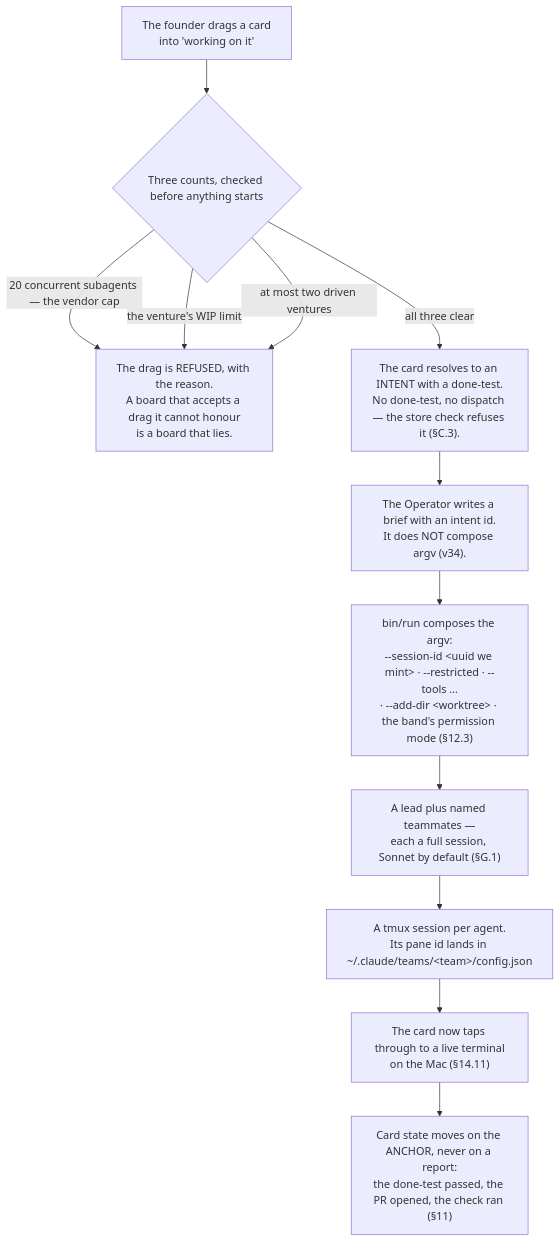
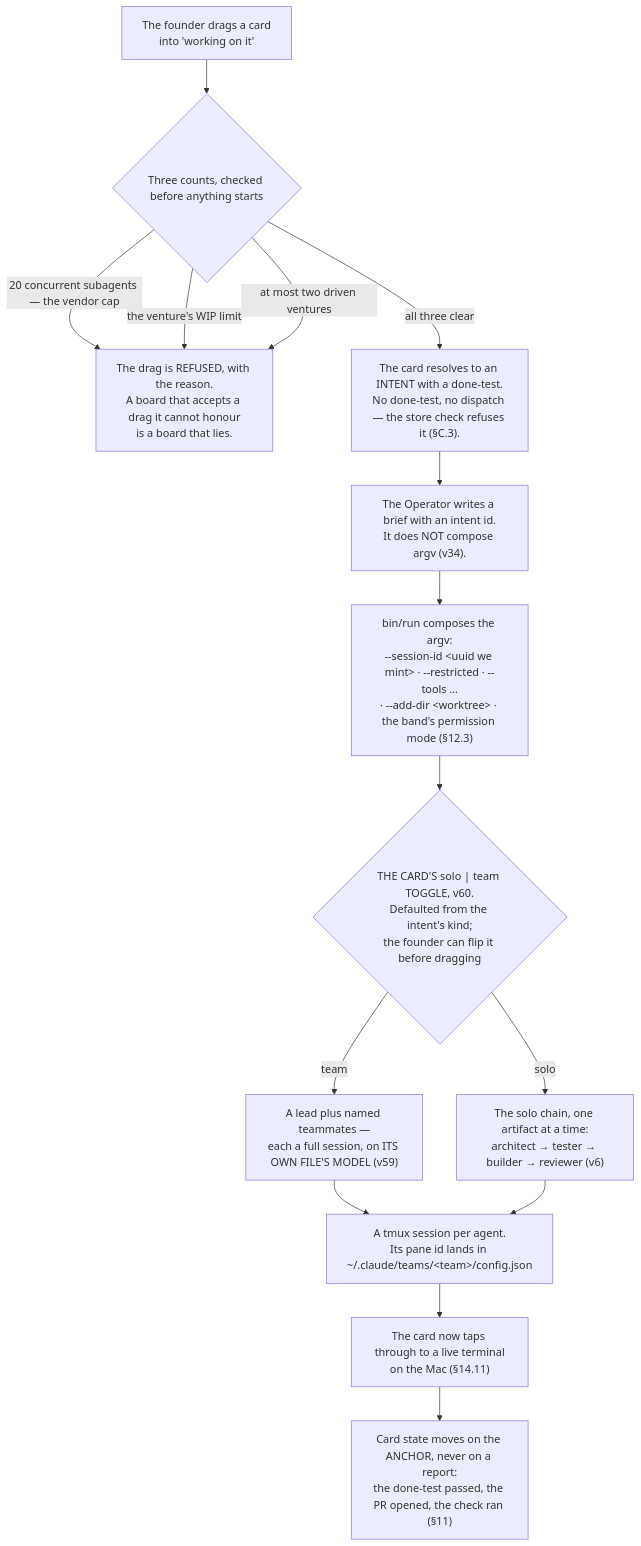
The second of 3 diagrams in docs/03-system-design/final-v2/parts/14-mission-control.md (Adam077K/agentvibe), drawn with Mermaid before and after one commit. The commit also changed other lines of this file and 4 other files, not shown here.

````diff
--- a/docs/03-system-design/final-v2/parts/14-mission-control.md
+++ b/docs/03-system-design/final-v2/parts/14-mission-control.md
@@ -267,14 +329,17 @@
 ```mermaid
 flowchart TD
     DRAG["The founder drags a card<br/>into 'working on it'"] --> CHK{"Three counts, checked before anything starts"}
     CHK -->|"20 concurrent subagents — the vendor cap"| REFUSE["The drag is REFUSED, with the reason.<br/>A board that accepts a drag it cannot honour<br/>is a board that lies."]
     CHK -->|"the venture's WIP limit"| REFUSE
     CHK -->|"at most two driven ventures"| REFUSE
     CHK -->|"all three clear"| INTENT["The card resolves to an INTENT with a done-test.<br/>No done-test, no dispatch — the store check refuses it (§C.3)."]
     INTENT --> BRIEF["The Operator writes a brief with an intent id.<br/>It does NOT compose argv (v34)."]
     BRIEF --> RUN["bin/run composes the argv:<br/>--session-id &lt;uuid we mint&gt; · --restricted · --tools …<br/>· --add-dir &lt;worktree&gt; · the band's permission mode (§12.3)"]
-    RUN --> TEAM["A lead plus named teammates —<br/>each a full session, Sonnet by default (§G.1)"]
+    RUN --> TOG{"THE CARD'S solo | team TOGGLE, v60.<br/>Defaulted from the intent's kind;<br/>the founder can flip it before dragging"}
+    TOG -->|"team"| TEAM["A lead plus named teammates —<br/>each a full session, on ITS OWN FILE'S MODEL (v59)"]
+    TOG -->|"solo"| SOLO["The solo chain, one artifact at a time:<br/>architect → tester → builder → reviewer (v6)"]
     TEAM --> TMUX["A tmux session per agent.<br/>Its pane id lands in ~/.claude/teams/&lt;team&gt;/config.json"]
+    SOLO --> TMUX
     TMUX --> POP["The card now taps through to a live terminal<br/>on the Mac (§14.11)"]
     POP --> BACK["Card state moves on the ANCHOR, never on a report:<br/>the done-test passed, the PR opened, the check ran (§11)"]
 ```
````
